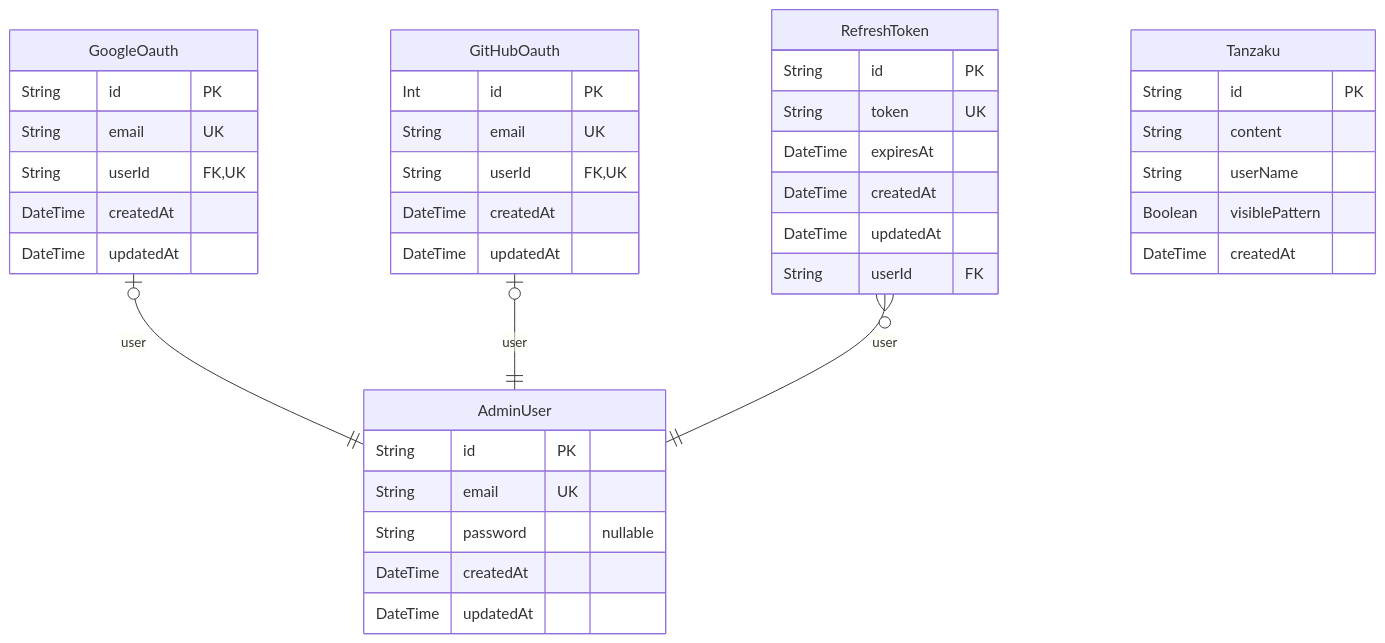
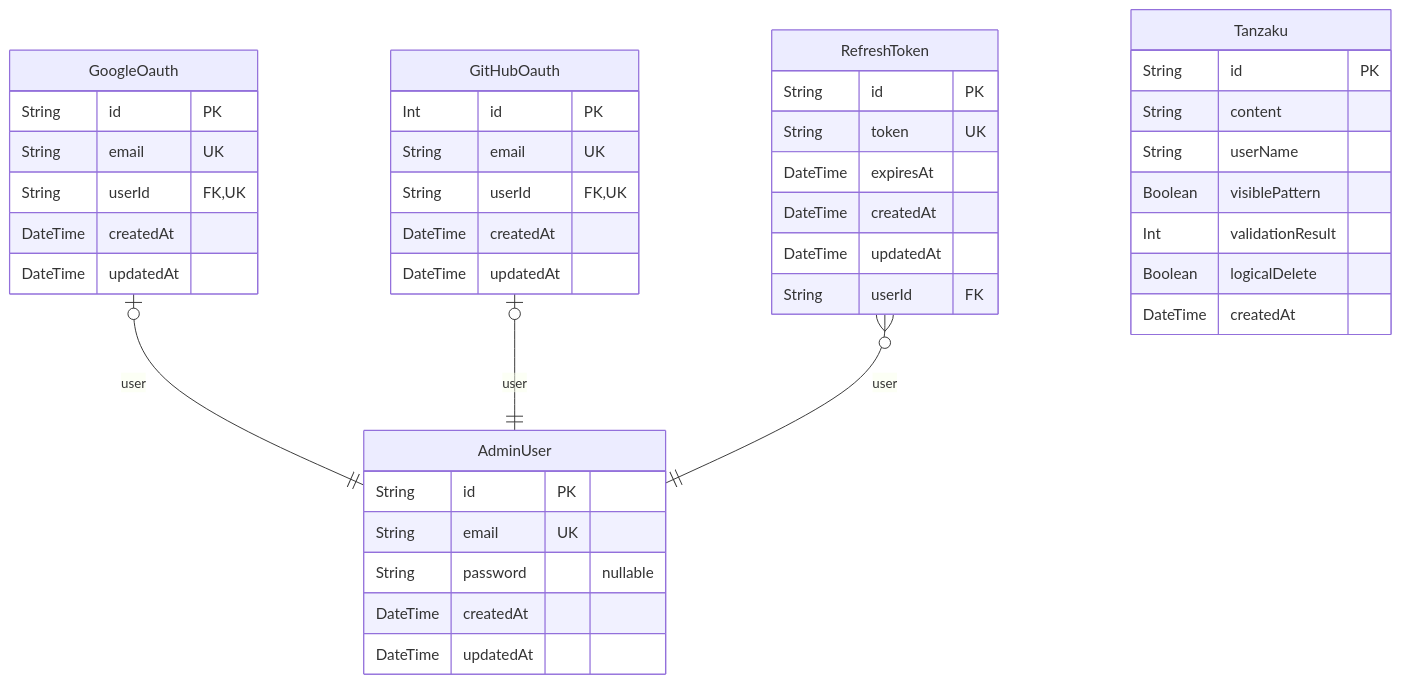
The diagram in docs/ERD.md (itl-marubu/tanzakuv2), drawn with Mermaid before and after one commit. The commit also changed other lines of this file and 22 other files, not shown here.

````diff
--- a/docs/ERD.md
+++ b/docs/ERD.md
@@ -7,42 +7,44 @@
 ```mermaid
 erDiagram
 "AdminUser" {
   String id PK
   String email UK
   String password "nullable"
   DateTime createdAt
   DateTime updatedAt
 }
 "GoogleOauth" {
   String id PK
   String email UK
   String userId FK,UK
   DateTime createdAt
   DateTime updatedAt
 }
 "GitHubOauth" {
   Int id PK
   String email UK
   String userId FK,UK
   DateTime createdAt
   DateTime updatedAt
 }
 "RefreshToken" {
   String id PK
   String token UK
   DateTime expiresAt
   DateTime createdAt
   DateTime updatedAt
   String userId FK
 }
 "Tanzaku" {
   String id PK
   String content
   String userName
   Boolean visiblePattern
+  Int validationResult
+  Boolean logicalDelete
   DateTime createdAt
 }
 "GoogleOauth" |o--|| "AdminUser" : user
 "GitHubOauth" |o--|| "AdminUser" : user
 "RefreshToken" }o--|| "AdminUser" : user
 ```
````
